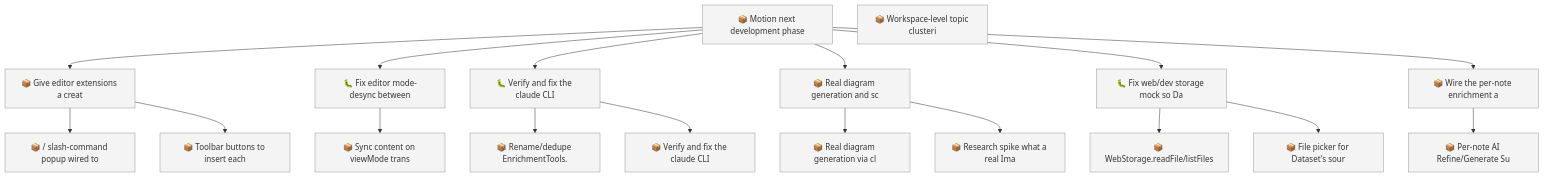
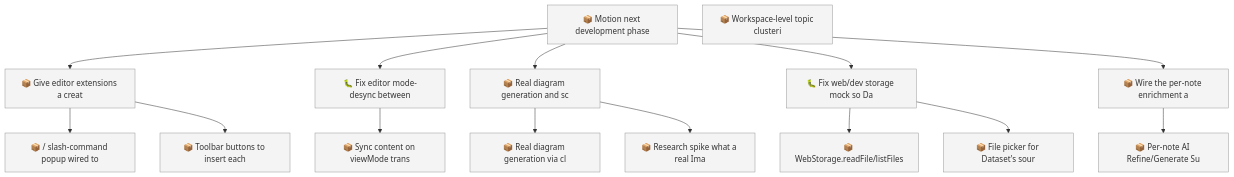
Before and after one commit to SpillwaveSolutions/motion: the first of 2 diagrams in docs/roadmap.md, drawn with Mermaid. The commit also changed other lines of this file and 15 other files, not shown here.

First line of the commit message:
fix(cli): use real claude --system-prompt flag; split EnrichmentTools.test.ts

````diff
--- a/docs/roadmap.md
+++ b/docs/roadmap.md
@@ -54,39 +51,33 @@
 ```mermaid
 graph TD
-    01KYFZ6RBH4J746JDANTQKYVSN["📦 Rename/dedupe EnrichmentTools."]
     01KYFZ6RBH7SW7J03FYN4XZ08J["📦 Sync content on viewMode trans"]
     01KYFZ6RBHA5DRP85QQ0EHTAJ6["📦 Give editor extensions a creat"]
     01KYFZ6RBHABFSC9K9NJ90168Q["📦 Motion next development phase"]
-    01KYFZ6RBHBG53PG8SKVMMNCC4["📦 Verify and fix the claude CLI"]
     01KYFZ6RBHBTXGWG8HREAG8AG9["📦 / slash-command popup wired to"]
     01KYFZ6RBHDMXV57V4JZW3PS5K["🐛 Fix editor mode-desync between"]
-    01KYFZ6RBHW4FJK9EGFAQ3XNJX["🐛 Verify and fix the claude CLI"]
     01KYFZ6RBHZQWH62SK631C3H1K["📦 Toolbar buttons to insert each"]
     01KYFZ6RBJ18SB2ZCSFK06BNJ2["📦 WebStorage.readFile/listFiles"]
     01KYFZ6RBJ5718M3GQPAB76RHS["📦 Real diagram generation and sc"]
     01KYFZ6RBJC07FEQ0FT0KQ302M["🐛 Fix web/dev storage mock so Da"]
     01KYFZ6RBJCWMMF7THJZFB6943["📦 Real diagram generation via cl"]
     01KYFZ6RBJEYPZ9RX0F86490TM["📦 Research spike what a real Ima"]
     01KYFZ6RBJT7FG0G30WYS3YF6Q["📦 File picker for Dataset's sour"]
     01KYFZ6RBJV920SFW0MAN9MX9J["📦 Wire the per-note enrichment a"]
     01KYFZ6RBJZNYDT9AK2V0RA11T["📦 Per-note AI Refine/Generate Su"]
     01KYFZ8RGR06XBSG9CH4TEWYJY["📦 Workspace-level topic clusteri"]
-    01KYFZ6RBHW4FJK9EGFAQ3XNJX --> 01KYFZ6RBH4J746JDANTQKYVSN
     01KYFZ6RBHDMXV57V4JZW3PS5K --> 01KYFZ6RBH7SW7J03FYN4XZ08J
     01KYFZ6RBHABFSC9K9NJ90168Q --> 01KYFZ6RBHA5DRP85QQ0EHTAJ6
-    01KYFZ6RBHW4FJK9EGFAQ3XNJX --> 01KYFZ6RBHBG53PG8SKVMMNCC4
     01KYFZ6RBHA5DRP85QQ0EHTAJ6 --> 01KYFZ6RBHBTXGWG8HREAG8AG9
     01KYFZ6RBHABFSC9K9NJ90168Q --> 01KYFZ6RBHDMXV57V4JZW3PS5K
-    01KYFZ6RBHABFSC9K9NJ90168Q --> 01KYFZ6RBHW4FJK9EGFAQ3XNJX
     01KYFZ6RBHA5DRP85QQ0EHTAJ6 --> 01KYFZ6RBHZQWH62SK631C3H1K
     01KYFZ6RBJC07FEQ0FT0KQ302M --> 01KYFZ6RBJ18SB2ZCSFK06BNJ2
     01KYFZ6RBHABFSC9K9NJ90168Q --> 01KYFZ6RBJ5718M3GQPAB76RHS
     01KYFZ6RBHABFSC9K9NJ90168Q --> 01KYFZ6RBJC07FEQ0FT0KQ302M
     01KYFZ6RBJ5718M3GQPAB76RHS --> 01KYFZ6RBJCWMMF7THJZFB6943
     01KYFZ6RBJ5718M3GQPAB76RHS --> 01KYFZ6RBJEYPZ9RX0F86490TM
     01KYFZ6RBJC07FEQ0FT0KQ302M --> 01KYFZ6RBJT7FG0G30WYS3YF6Q
     01KYFZ6RBHABFSC9K9NJ90168Q --> 01KYFZ6RBJV920SFW0MAN9MX9J
     01KYFZ6RBJV920SFW0MAN9MX9J --> 01KYFZ6RBJZNYDT9AK2V0RA11T
     classDef todo fill:#f4f4f4,stroke:#999999
-    class 01KYFZ6RBH4J746JDANTQKYVSN,01KYFZ6RBH7SW7J03FYN4XZ08J,01KYFZ6RBHA5DRP85QQ0EHTAJ6,01KYFZ6RBHABFSC9K9NJ90168Q,01KYFZ6RBHBG53PG8SKVMMNCC4,01KYFZ6RBHBTXGWG8HREAG8AG9,01KYFZ6RBHDMXV57V4JZW3PS5K,01KYFZ6RBHW4FJK9EGFAQ3XNJX,01KYFZ6RBHZQWH62SK631C3H1K,01KYFZ6RBJ18SB2ZCSFK06BNJ2,01KYFZ6RBJ5718M3GQPAB76RHS,01KYFZ6RBJC07FEQ0FT0KQ302M,01KYFZ6RBJCWMMF7THJZFB6943,01KYFZ6RBJEYPZ9RX0F86490TM,01KYFZ6RBJT7FG0G30WYS3YF6Q,01KYFZ6RBJV920SFW0MAN9MX9J,01KYFZ6RBJZNYDT9AK2V0RA11T,01KYFZ8RGR06XBSG9CH4TEWYJY todo
+    class 01KYFZ6RBH7SW7J03FYN4XZ08J,01KYFZ6RBHA5DRP85QQ0EHTAJ6,01KYFZ6RBHABFSC9K9NJ90168Q,01KYFZ6RBHBTXGWG8HREAG8AG9,01KYFZ6RBHDMXV57V4JZW3PS5K,01KYFZ6RBHZQWH62SK631C3H1K,01KYFZ6RBJ18SB2ZCSFK06BNJ2,01KYFZ6RBJ5718M3GQPAB76RHS,01KYFZ6RBJC07FEQ0FT0KQ302M,01KYFZ6RBJCWMMF7THJZFB6943,01KYFZ6RBJEYPZ9RX0F86490TM,01KYFZ6RBJT7FG0G30WYS3YF6Q,01KYFZ6RBJV920SFW0MAN9MX9J,01KYFZ6RBJZNYDT9AK2V0RA11T,01KYFZ8RGR06XBSG9CH4TEWYJY todo
 ```
````
